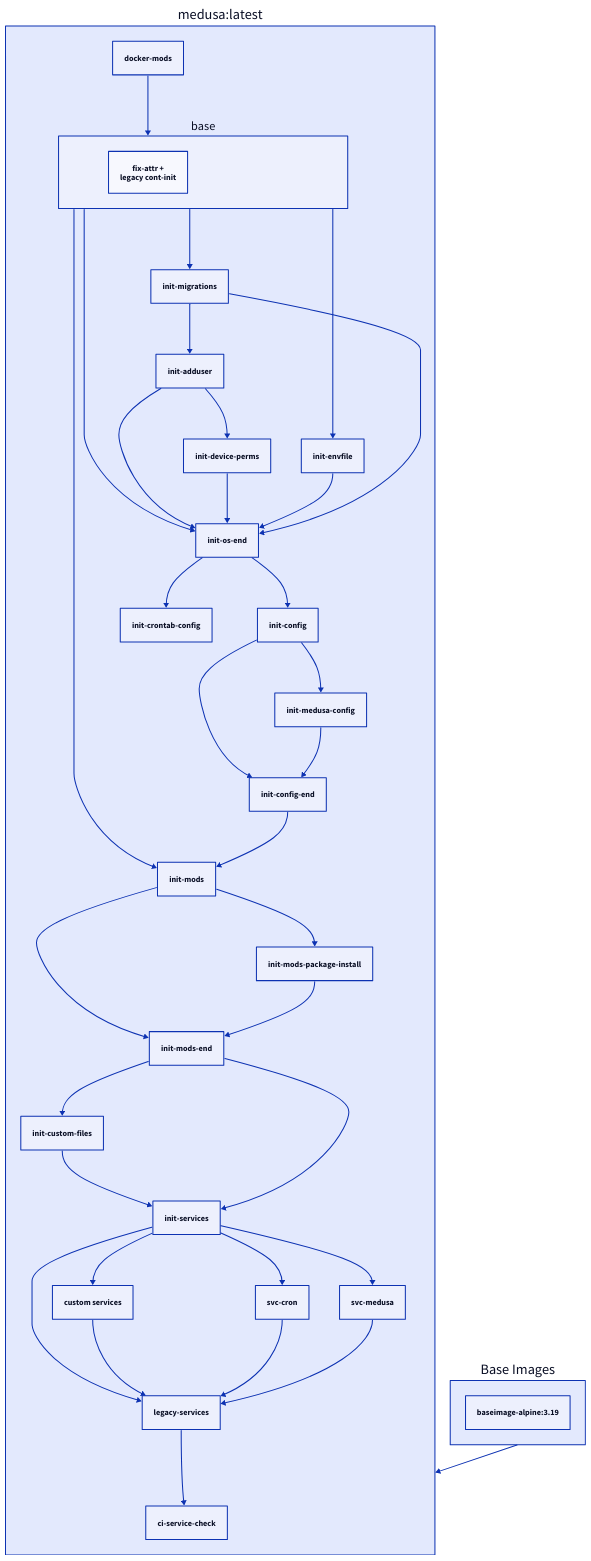
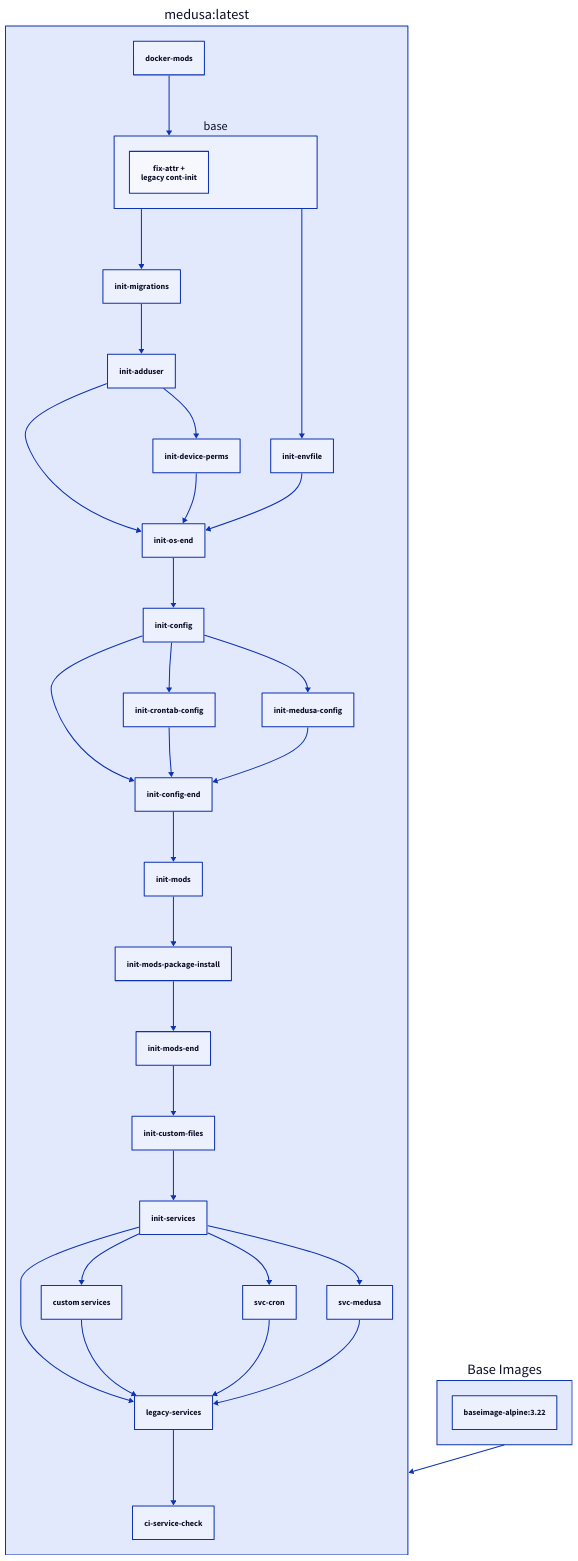
One commit to linuxserver/docker-documentation changed the diagram in docs/images/docker-medusa.md. Above: the diagram before and after it, drawn with D2. The commit also changed other lines of this file, not shown here.

Commit message:
Bot Updating Documentation

````diff
--- a/docs/images/docker-medusa.md
+++ b/docs/images/docker-medusa.md
@@ -286,45 +286,41 @@
     ```d2
     "medusa:latest": {
       docker-mods
       base {
         fix-attr +\nlegacy cont-init
       }
       docker-mods -> base
       legacy-services
       custom services
       init-services -> legacy-services
       init-services -> custom services
       custom services -> legacy-services
       legacy-services -> ci-service-check
       init-migrations -> init-adduser
       init-os-end -> init-config
       init-config -> init-config-end
+      init-crontab-config -> init-config-end
       init-medusa-config -> init-config-end
-      init-os-end -> init-crontab-config
+      init-config -> init-crontab-config
       init-mods-end -> init-custom-files
       init-adduser -> init-device-perms
       base -> init-envfile
       init-config -> init-medusa-config
       base -> init-migrations
-      base -> init-mods
       init-config-end -> init-mods
-      init-mods -> init-mods-end
       init-mods-package-install -> init-mods-end
       init-mods -> init-mods-package-install
-      base -> init-os-end
       init-adduser -> init-os-end
       init-device-perms -> init-os-end
       init-envfile -> init-os-end
-      init-migrations -> init-os-end
       init-custom-files -> init-services
-      init-mods-end -> init-services
       init-services -> svc-cron
       svc-cron -> legacy-services
       init-services -> svc-medusa
       svc-medusa -> legacy-services
     }
     Base Images: {
-      "baseimage-alpine:3.19"
+      "baseimage-alpine:3.22"
     }
     "medusa:latest" <- Base Images
     ```
````
